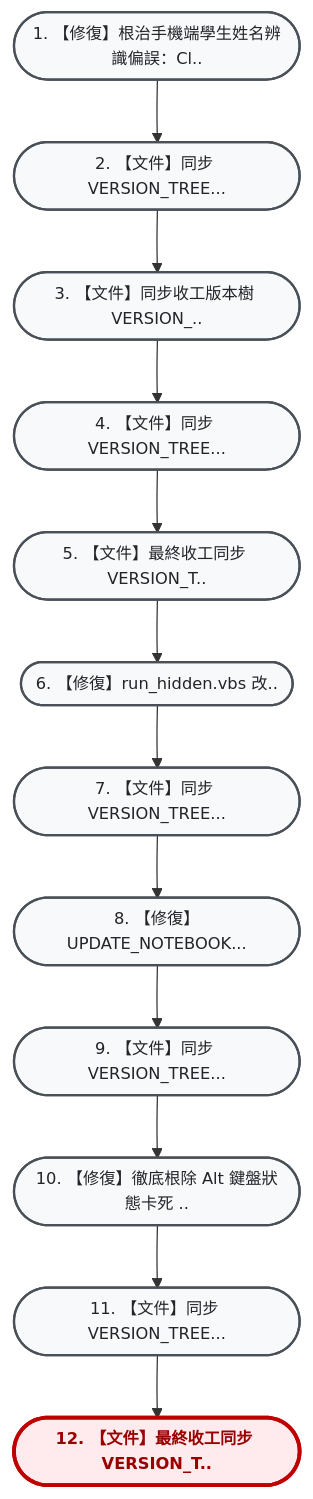
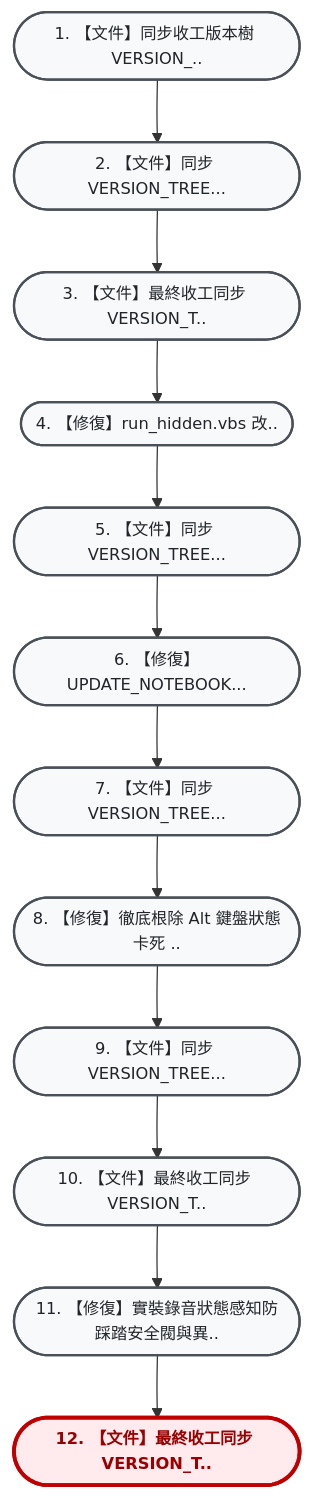
Before and after one commit to hjen8/NoType-Scribe: the diagram in VERSION_TREE.md, drawn with Mermaid. The commit also changed other lines of this file, not shown here.

Commit message:
docs: 最終收工同步 VERSION_TREE.md (HEAD -> 8774d72)

````diff
--- a/VERSION_TREE.md
+++ b/VERSION_TREE.md
@@ -13,30 +13,30 @@
 ```mermaid
 flowchart TD
     %% 雙壁版本樹專用視覺化配色風格 (由上而下 TD 垂直大字純中文版)
     classDef default fill:#f8f9fa,stroke:#495057,stroke-width:1.8px,color:#212529,font-size:13px;
     classDef current fill:#ffebee,stroke:#c00000,stroke-width:3px,color:#900,font-weight:bold,font-size:13px;
     classDef mergeNode fill:#e3f2fd,stroke:#1565c0,stroke-width:2px,color:#0d47a1,font-size:13px;
-    n_e1c1c9f(["1. 【修復】根治手機端學生姓名辨識偏誤：Cl.."]):::default
-    n_b75d44f(["2. 【文件】同步 VERSION_TREE..."]):::default
-    n_79089d2(["3. 【文件】同步收工版本樹 VERSION_.."]):::default
-    n_0029f92(["4. 【文件】同步 VERSION_TREE..."]):::default
-    n_aa9902c(["5. 【文件】最終收工同步 VERSION_T.."]):::default
-    n_fcd881b(["6. 【修復】run_hidden.vbs 改.."]):::default
-    n_2a21125(["7. 【文件】同步 VERSION_TREE..."]):::default
-    n_a22a9d3(["8. 【修復】UPDATE_NOTEBOOK..."]):::default
-    n_95a7624(["9. 【文件】同步 VERSION_TREE..."]):::default
-    n_aef1404(["10. 【修復】徹底根除 Alt 鍵盤狀態卡死 .."]):::default
-    n_e84eb66(["11. 【文件】同步 VERSION_TREE..."]):::default
-    n_e410c65(["12. 【文件】最終收工同步 VERSION_T.."]):::current
-    n_e1c1c9f --> n_b75d44f
-    n_b75d44f --> n_79089d2
+    n_79089d2(["1. 【文件】同步收工版本樹 VERSION_.."]):::default
+    n_0029f92(["2. 【文件】同步 VERSION_TREE..."]):::default
+    n_aa9902c(["3. 【文件】最終收工同步 VERSION_T.."]):::default
+    n_fcd881b(["4. 【修復】run_hidden.vbs 改.."]):::default
+    n_2a21125(["5. 【文件】同步 VERSION_TREE..."]):::default
+    n_a22a9d3(["6. 【修復】UPDATE_NOTEBOOK..."]):::default
+    n_95a7624(["7. 【文件】同步 VERSION_TREE..."]):::default
+    n_aef1404(["8. 【修復】徹底根除 Alt 鍵盤狀態卡死 .."]):::default
+    n_e84eb66(["9. 【文件】同步 VERSION_TREE..."]):::default
+    n_84b947b(["10. 【文件】最終收工同步 VERSION_T.."]):::default
+    n_8774d72(["11. 【修復】實裝錄音狀態感知防踩踏安全閥與異.."]):::default
+    n_9fb751d(["12. 【文件】最終收工同步 VERSION_T.."]):::current
     n_79089d2 --> n_0029f92
     n_0029f92 --> n_aa9902c
     n_aa9902c --> n_fcd881b
     n_fcd881b --> n_2a21125
     n_2a21125 --> n_a22a9d3
     n_a22a9d3 --> n_95a7624
     n_95a7624 --> n_aef1404
     n_aef1404 --> n_e84eb66
-    n_e84eb66 --> n_e410c65
+    n_e84eb66 --> n_84b947b
+    n_84b947b --> n_8774d72
+    n_8774d72 --> n_9fb751d
 ```
````
